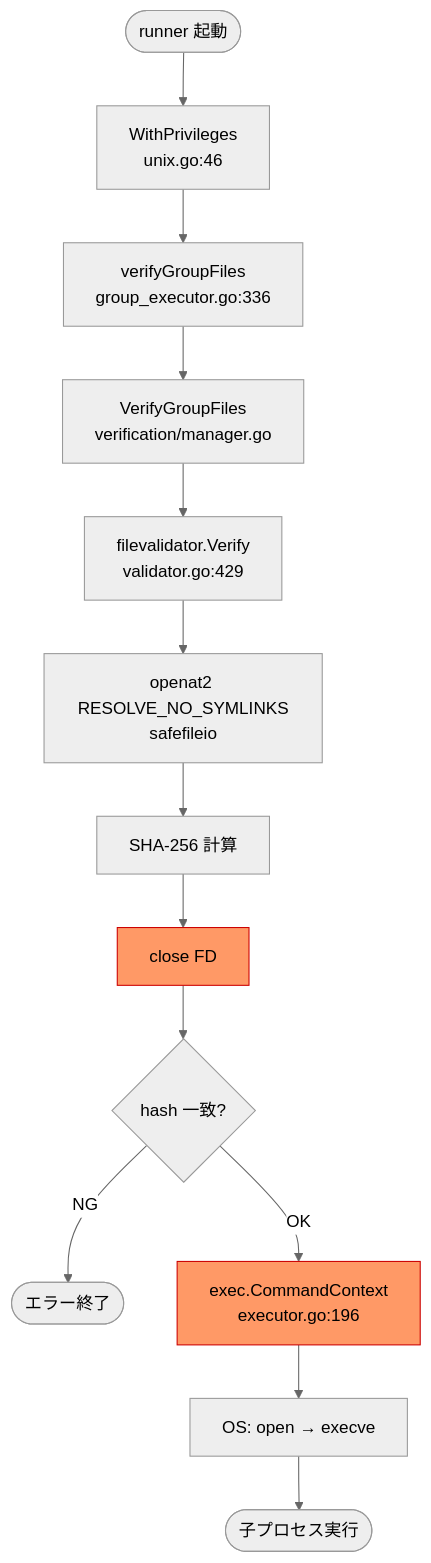
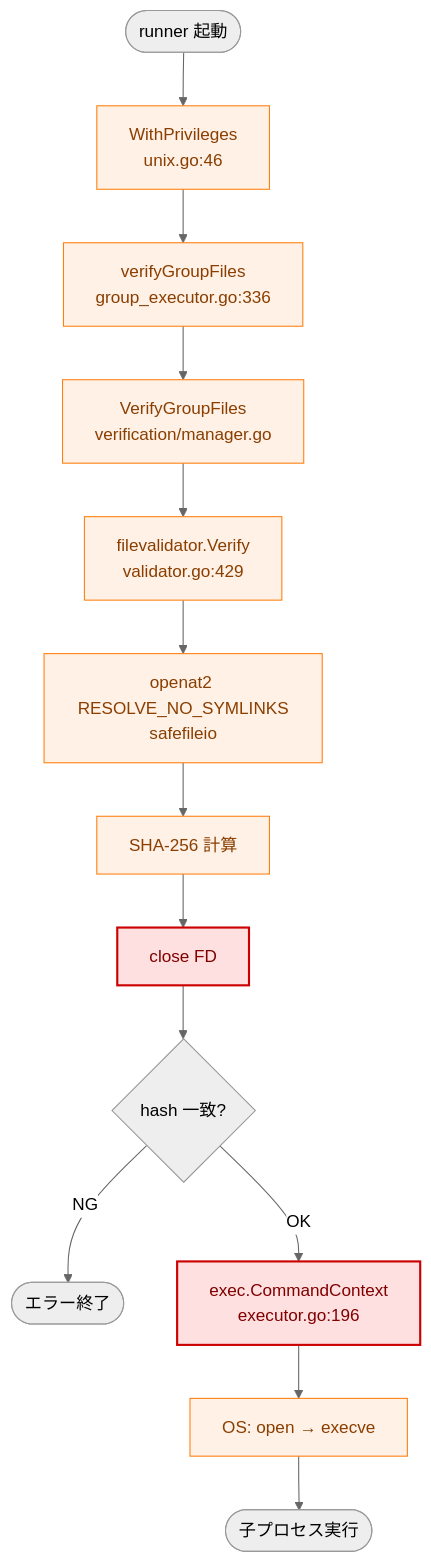
One commit to isseis/go-safe-cmd-runner changed the first of 2 diagrams in docs/tasks/0090_toctou_fexecve/00_analysis.md. Above: the diagram before and after it, drawn with Mermaid (neutral theme). The commit also changed other lines of this file, not shown here.

First line of the commit message:
docs: Align Mermaid diagram with common classDef/Legend format (task 0090)

````diff
--- a/docs/tasks/0090_toctou_fexecve/00_analysis.md
+++ b/docs/tasks/0090_toctou_fexecve/00_analysis.md
@@ -15,18 +15,21 @@
 ```mermaid
 flowchart TD
+    classDef process fill:#fff1e6,stroke:#ff7f0e,stroke-width:1px,color:#8a3e00;
+    classDef toctou fill:#ffe0e0,stroke:#c00,stroke-width:2px,color:#800000;
+
     A([runner 起動]) --> B[WithPrivileges<br>unix.go:46]
     B --> C[verifyGroupFiles<br>group_executor.go:336]
     C --> D[VerifyGroupFiles<br>verification/manager.go]
     D --> E[filevalidator.Verify<br>validator.go:429]
     E --> E1[openat2 RESOLVE_NO_SYMLINKS<br>safefileio]
     E1 --> E2[SHA-256 計算]
     E2 --> E3[close FD]
     E3 --> F{hash 一致?}
     F -- NG --> G([エラー終了])
     F -- OK --> H[exec.CommandContext<br>executor.go:196]
     H --> I[OS: open → execve]
     I --> J([子プロセス実行])
 
-    style E3 fill:#f96,stroke:#c00
-    style H fill:#f96,stroke:#c00
+    class B,C,D,E,E1,E2,I process;
+    class E3,H toctou;
 ```
````
